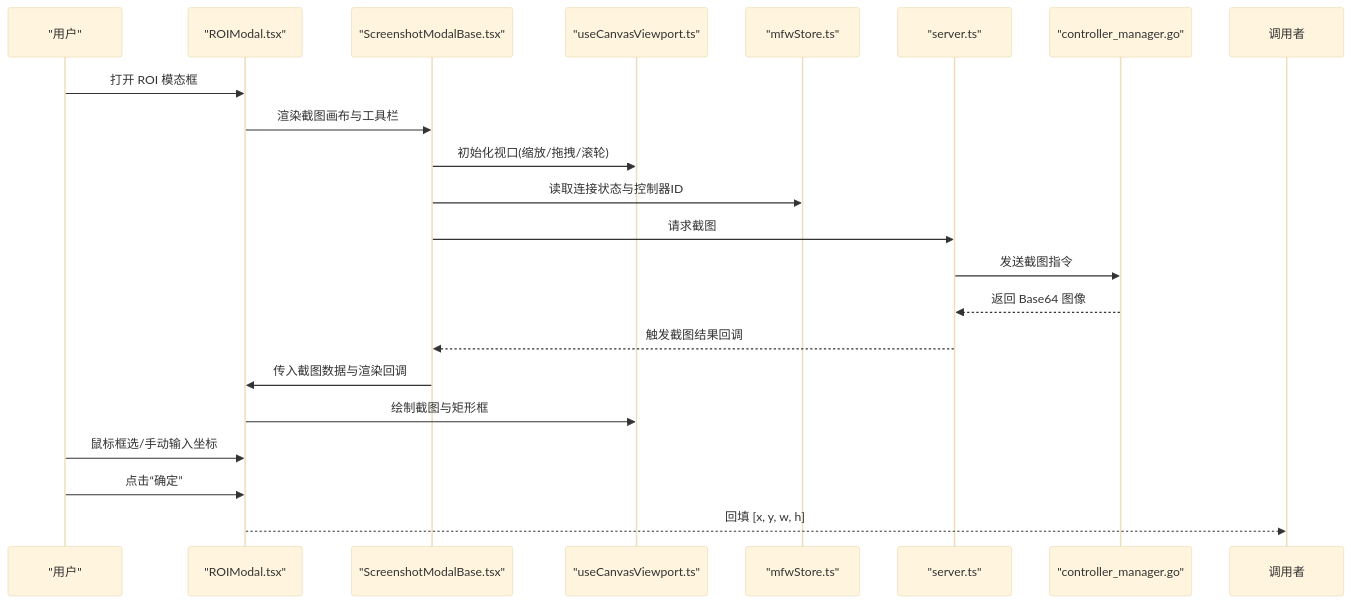
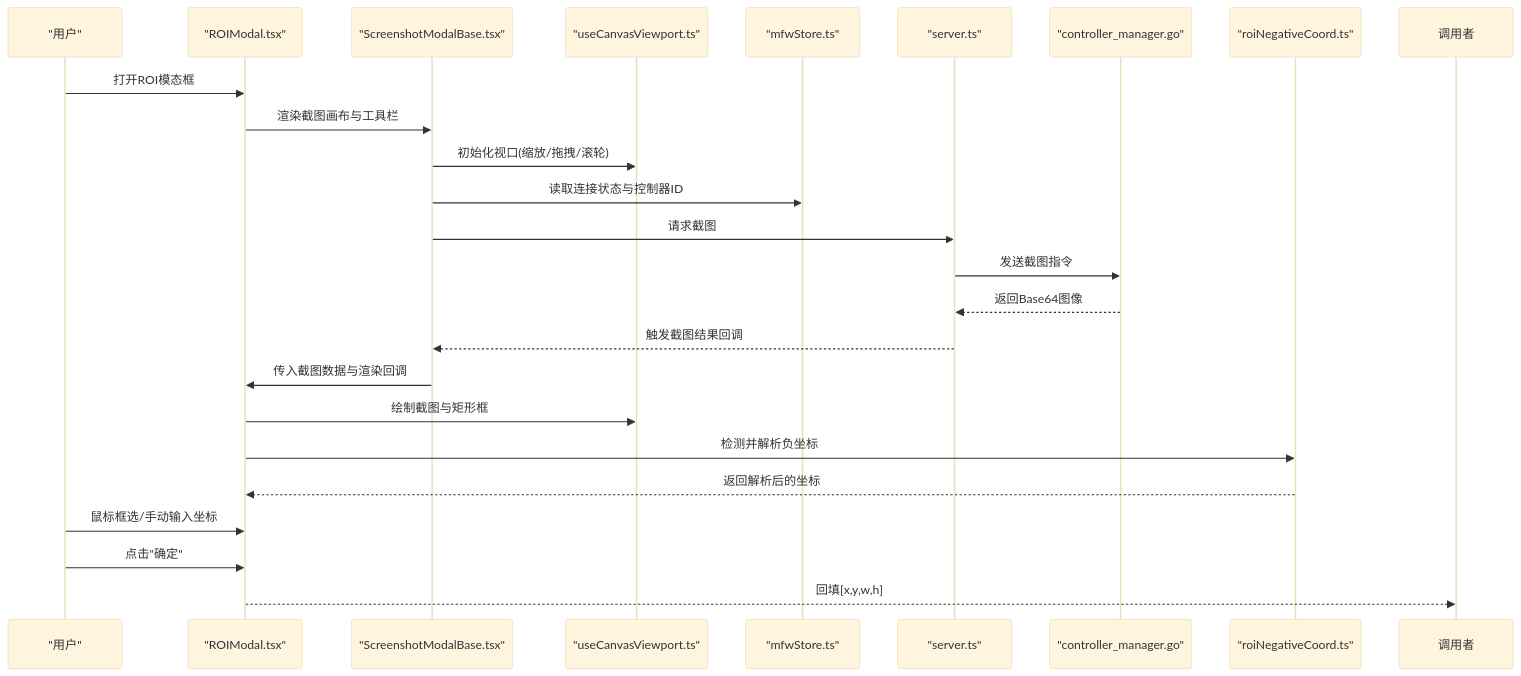
One commit to kqcoxn/MaaPipelineEditor changed the second of 6 diagrams in .qoder/repowiki/zh/content/核心概念/区域选择模态框.md. Above: the diagram before and after it, drawn with Mermaid (base theme). The commit also changed other lines of this file and 9 other files, not shown here.

````diff
--- a/.qoder/repowiki/zh/content/核心概念/区域选择模态框.md
+++ b/.qoder/repowiki/zh/content/核心概念/区域选择模态框.md
@@ -88,23 +109,26 @@
 ```mermaid
 sequenceDiagram
 participant User as "用户"
 participant ROI as "ROIModal.tsx"
 participant Base as "ScreenshotModalBase.tsx"
 participant Hook as "useCanvasViewport.ts"
 participant Store as "mfwStore.ts"
 participant WS as "server.ts"
 participant Ctrl as "controller_manager.go"
-User->>ROI : 打开 ROI 模态框
+participant Utils as "roiNegativeCoord.ts"
+User->>ROI : 打开ROI模态框
 ROI->>Base : 渲染截图画布与工具栏
 Base->>Hook : 初始化视口(缩放/拖拽/滚轮)
 Base->>Store : 读取连接状态与控制器ID
 Base->>WS : 请求截图
 WS->>Ctrl : 发送截图指令
-Ctrl-->>WS : 返回 Base64 图像
+Ctrl-->>WS : 返回Base64图像
 WS-->>Base : 触发截图结果回调
 Base->>ROI : 传入截图数据与渲染回调
 ROI->>Hook : 绘制截图与矩形框
+ROI->>Utils : 检测并解析负坐标
+Utils-->>ROI : 返回解析后的坐标
 User->>ROI : 鼠标框选/手动输入坐标
-User->>ROI : 点击“确定”
-ROI-->>调用者 : 回填 [x, y, w, h]
+User->>ROI : 点击"确定"
+ROI-->>调用者 : 回填[x,y,w,h]
 ```
````
